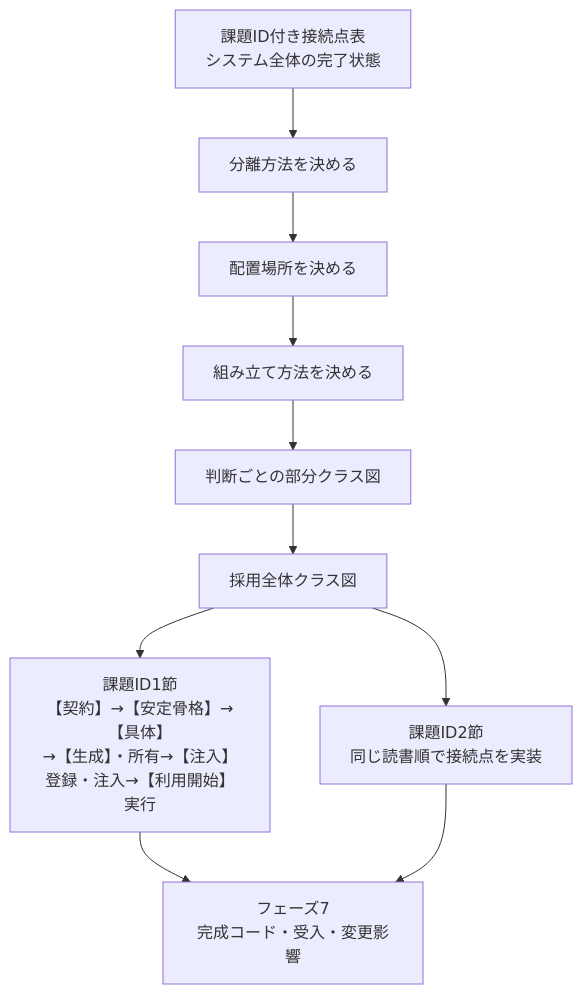
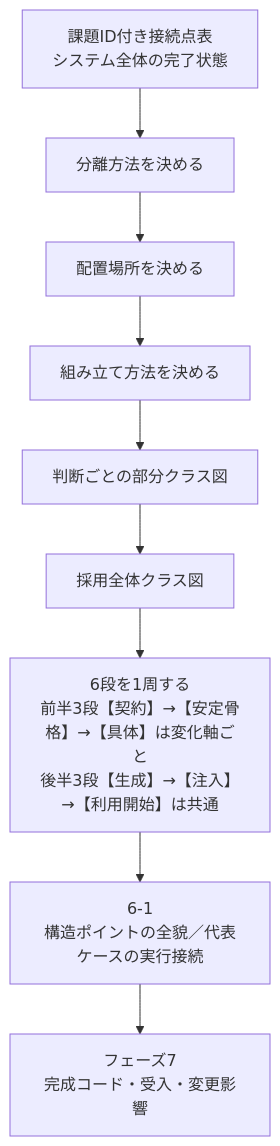
One commit to kumachan1101-pixel/DesignPattern changed the seventh of 8 diagrams in kindle/design-patterns/output/chapter00_2.md. Above: the diagram before and after it, drawn with Mermaid. The commit also changed other lines of this file and 8 other files, not shown here.

````diff
--- a/kindle/design-patterns/output/chapter00_2.md
+++ b/kindle/design-patterns/output/chapter00_2.md
@@ -967,18 +971,15 @@
 ```mermaid
 flowchart TB
     A["課題ID付き接続点表<br/>システム全体の完了状態"]
     B["分離方法を決める"]
     C["配置場所を決める"]
     D["組み立て方法を決める"]
     E["判断ごとの部分クラス図"]
     F["採用全体クラス図"]
-    G1["課題ID1節<br/>【契約】→【安定骨格】→【具体】<br/>→【生成】・所有→【注入】登録・注入→【利用開始】実行"]
-    G2["課題ID2節<br/>同じ読書順で接続点を実装"]
+    G1["6段を1周する<br/>前半3段【契約】→【安定骨格】→【具体】は変化軸ごと<br/>後半3段【生成】→【注入】→【利用開始】は共通"]
+    G2["6-1<br/>構造ポイントの全貌／代表ケースの実行接続"]
     H["フェーズ7<br/>完成コード・受入・変更影響"]
 
     A --> B --> C --> D --> E --> F
-    F --> G1
-    F --> G2
-    G1 --> H
-    G2 --> H
+    F --> G1 --> G2 --> H
 ```
````
